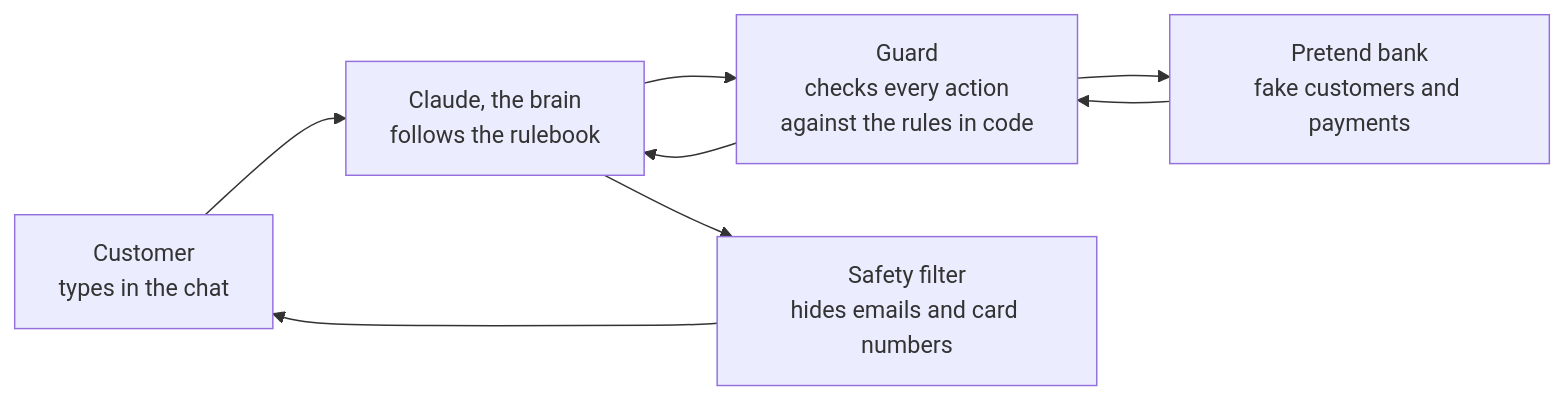
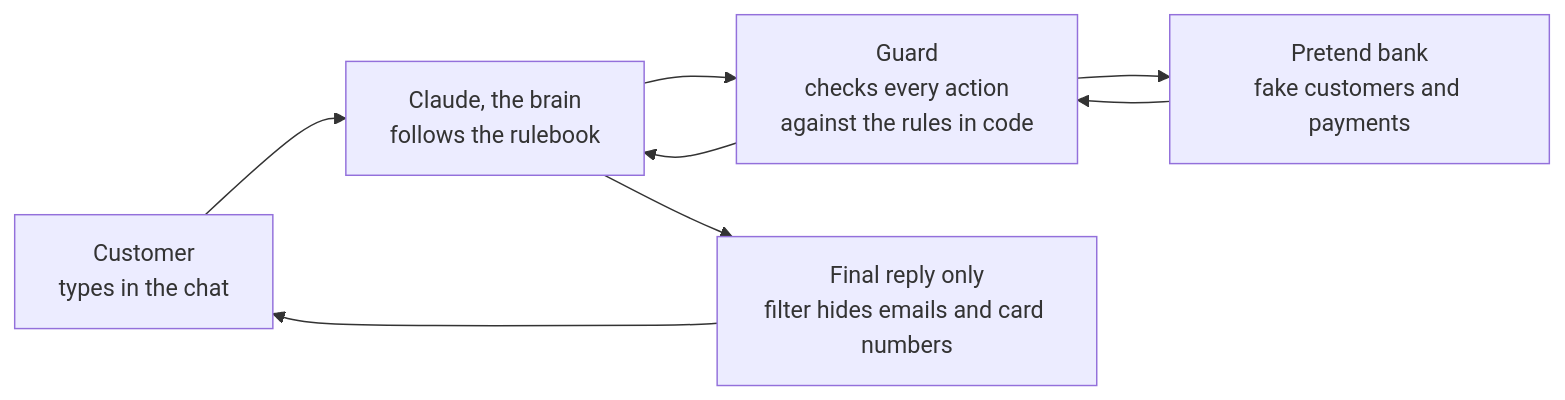
The first of 6 diagrams in HOW_IT_WORKS.md (Sohamumap/paylane-support-agent), drawn with Mermaid before and after one commit. The commit also changed other lines of this file and 182 other files, not shown here.

````diff
--- a/HOW_IT_WORKS.md
+++ b/HOW_IT_WORKS.md
@@ -9,10 +9,10 @@
 ```mermaid
 flowchart LR
     C["Customer<br/>types in the chat"] --> B["Claude, the brain<br/>follows the rulebook"]
     B --> G["Guard<br/>checks every action<br/>against the rules in code"]
     G --> K["Pretend bank<br/>fake customers and payments"]
     K --> G
     G --> B
-    B --> F["Safety filter<br/>hides emails and card numbers"]
+    B --> F["Final reply only<br/>filter hides emails and card numbers"]
     F --> C
 ```
````
